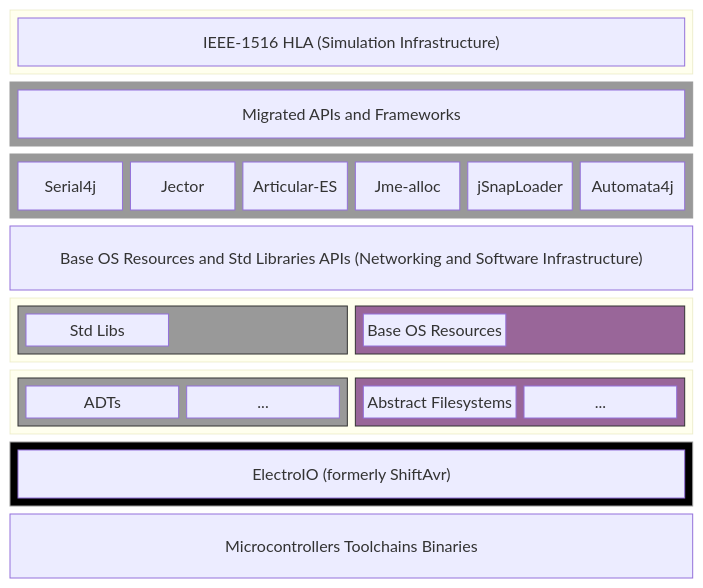
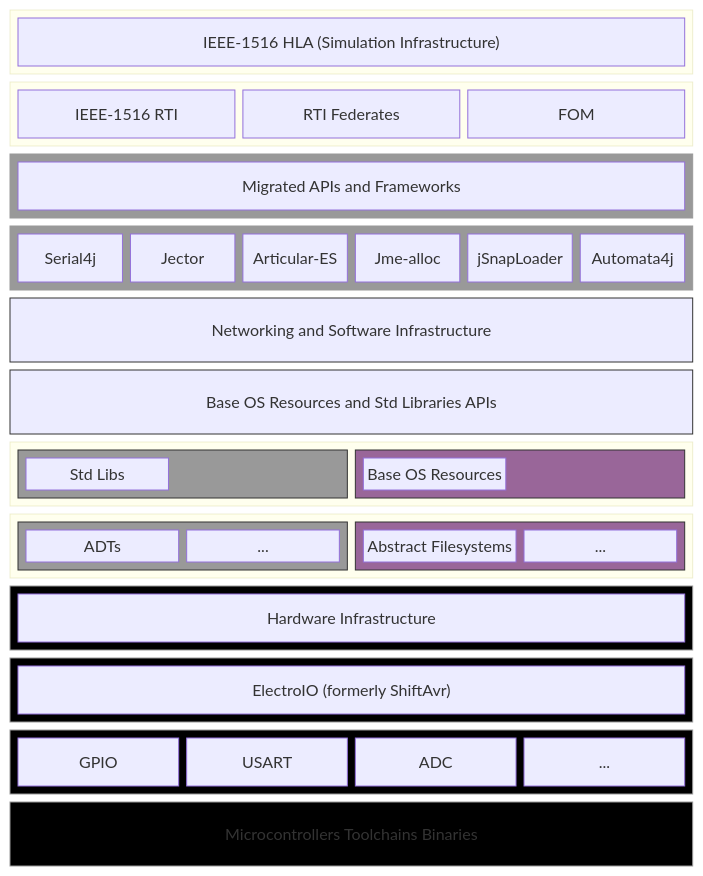
Before and after one commit to Electrostat-Lab/Electrostatic-Sandbox: the first of 3 diagrams in README.md, drawn with Mermaid.

````diff
--- a/README.md
+++ b/README.md
@@ -23,50 +23,73 @@
 ```mermaid
 block-beta
 columns 1
   block:IEEE
     _IEEE["IEEE-1516 HLA (Simulation Infrastructure)"]
+  end
+  block:__IEEE
+    RTI_IEEE["IEEE-1516 RTI"]
+    FED_IEEE["RTI Federates"]
+    FOM_IEEE["FOM"]
   end
   block:MIG
     _MIG["Migrated APIs and Frameworks"]
   end
   block:MIG_APIs
       SERIAL["Serial4j"]
       JECTOR["Jector"]
       ART["Articular-ES"]
       JME["Jme-alloc"]
       JSNAP["jSnapLoader"]
       AUTO["Automata4j"]
   end
-  OS_Res["Base OS Resources and Std Libraries APIs (Networking and Software Infrastructure)"]
+  NETSOFT_INFRA["Networking and Software Infrastructure"]
+  OS_RES["Base OS Resources and Std Libraries APIs"]
   block:TITLE
     block:STD
       Std["Std Libs"]
     end
     block:OS
       OSRES["Base OS Resources"]
     end
   end
   block:HAL
     block:_STD
       ADT["ADTs"]
       _STD_CONT["..."]
     end
     block:_OS
       FS["Abstract Filesystems"]
       _OS_CONT["..."]
     end
   end
+
+  block:INFRA
+      _INFRA["Hardware Infrastructure"]
+  end
   block:ELECTROIO
       _ELECTROIO["ElectroIO (formerly ShiftAvr)"]
   end
+  block:__ELECTROIO
+      GPIO["GPIO"]
+      UART["USART"]
+      ADC["ADC"]
+      CONT["..."]
+  end
   MCU["Microcontrollers Toolchains Binaries"]
+
+  style INFRA fill:#000,stroke:#999
+  style ELECTROIO fill:#000,stroke:#999
+  style __ELECTROIO fill:#000,stroke:#999
+  style MCU fill:#000,stroke:#999
 
   style MIG fill:#999,stroke:#999
   style MIG_APIs fill:#999,stroke:#999
-  style ELECTROIO fill:#000,stroke:#999
+
+  style NETSOFT_INFRA stroke:#333
+  style OS_RES stroke:#333
 
   style OS fill:#969,stroke:#333
   style STD fill:#999,stroke:#333
   style _OS fill:#969,stroke:#333
   style _STD fill:#999,stroke:#333
 ```
````
